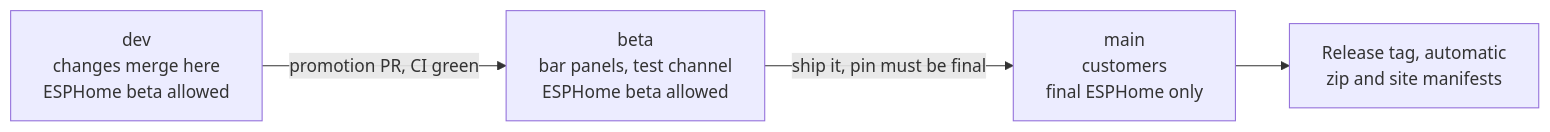
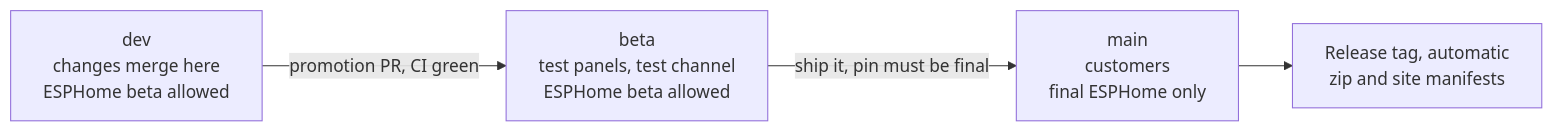
Before and after one commit to gameday-scoreboard/gameday-scoreboard: the diagram in CONTRIBUTING.md, drawn with Mermaid. The commit also changed other lines of this file and 18 other files, not shown here.

````diff
--- a/CONTRIBUTING.md
+++ b/CONTRIBUTING.md
@@ -74,10 +74,10 @@
 ```mermaid
 flowchart LR
     dev["dev<br/>changes merge here<br/>ESPHome beta allowed"]
-    beta["beta<br/>bar panels, test channel<br/>ESPHome beta allowed"]
+    beta["beta<br/>test panels, test channel<br/>ESPHome beta allowed"]
     main["main<br/>customers<br/>final ESPHome only"]
     tag["Release tag, automatic<br/>zip and site manifests"]
     dev -- "promotion PR, CI green" --> beta
     beta -- "ship it, pin must be final" --> main
     main --> tag
 ```
````
